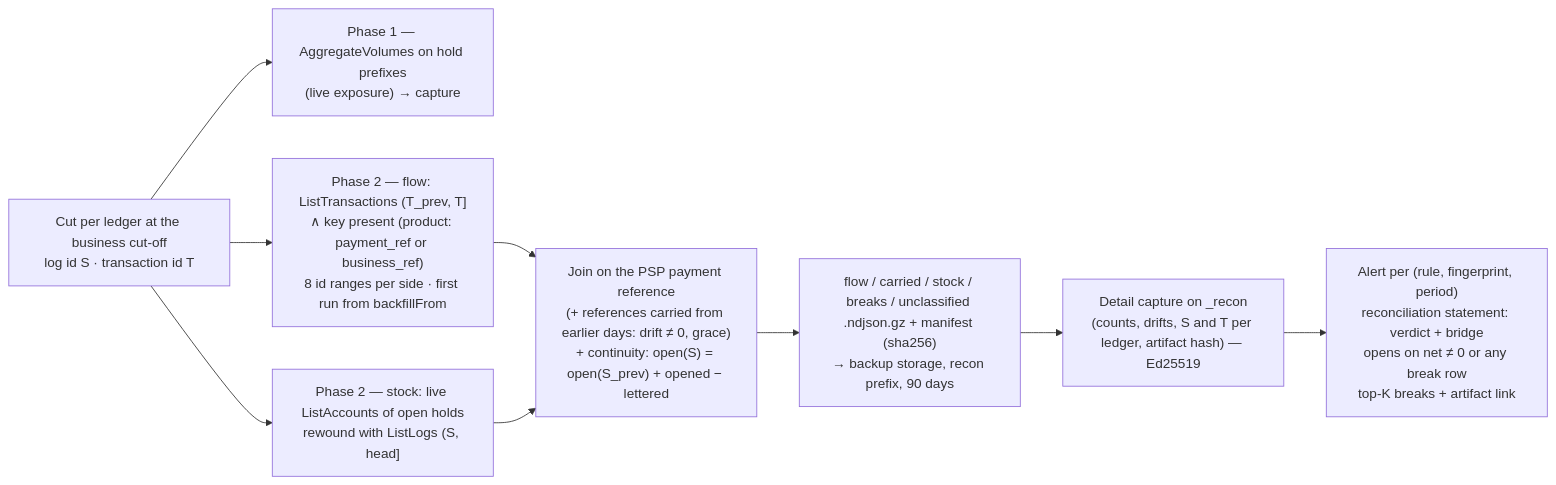
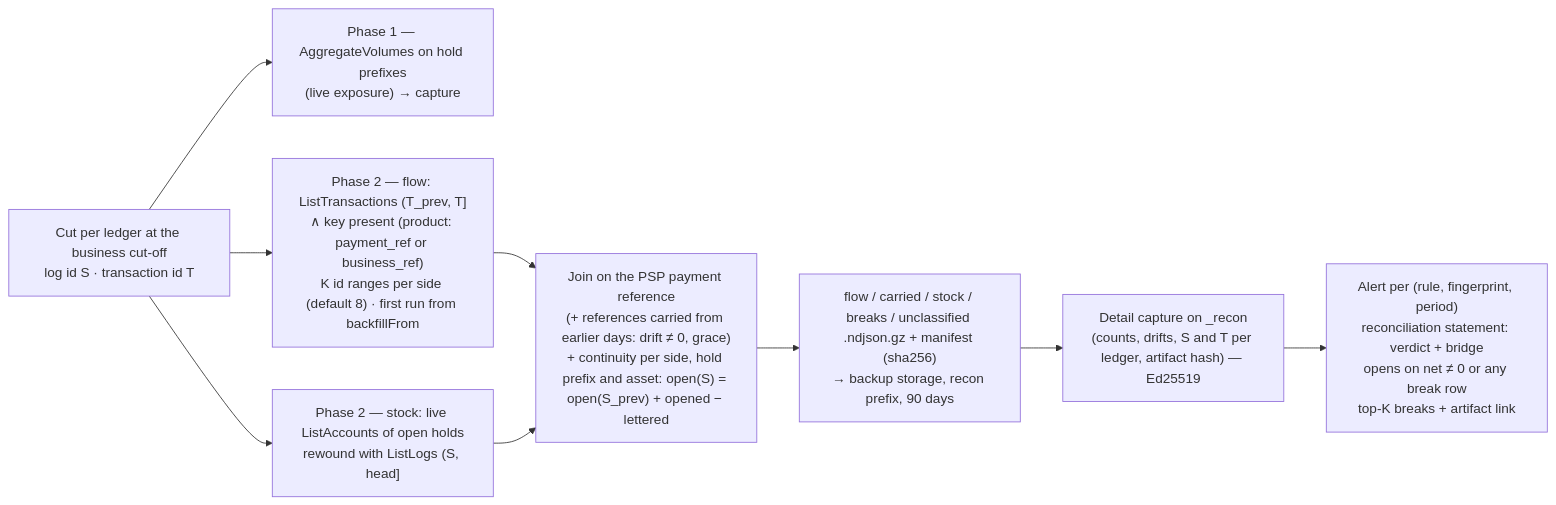
The ninth of 9 diagrams in docs/technical/workflows.md (formancehq/reconciliation), drawn with Mermaid before and after one commit. The commit also changed 4 other files, not shown here.

````diff
--- a/docs/technical/workflows.md
+++ b/docs/technical/workflows.md
@@ -326,11 +326,11 @@
 ```mermaid
 flowchart LR
     Cut["Cut per ledger at the business cut-off<br/>log id S · transaction id T"] --> Agg["Phase 1 — AggregateVolumes on hold prefixes<br/>(live exposure) → capture"]
-    Cut --> Flow["Phase 2 — flow: ListTransactions (T_prev, T]<br/>∧ key present (product: payment_ref or business_ref)<br/>8 id ranges per side · first run from backfillFrom"]
+    Cut --> Flow["Phase 2 — flow: ListTransactions (T_prev, T]<br/>∧ key present (product: payment_ref or business_ref)<br/>K id ranges per side (default 8) · first run from backfillFrom"]
     Cut --> Stock["Phase 2 — stock: live ListAccounts of open holds<br/>rewound with ListLogs (S, head]"]
-    Flow --> Join["Join on the PSP payment reference<br/>(+ references carried from earlier days: drift ≠ 0, grace)<br/>+ continuity: open(S) = open(S_prev) + opened − lettered"]
+    Flow --> Join["Join on the PSP payment reference<br/>(+ references carried from earlier days: drift ≠ 0, grace)<br/>+ continuity per side, hold prefix and asset: open(S) = open(S_prev) + opened − lettered"]
     Stock --> Join
     Join --> Art["flow / carried / stock / breaks / unclassified .ndjson.gz + manifest (sha256)<br/>→ backup storage, recon prefix, 90 days"]
     Art --> Cap["Detail capture on _recon<br/>(counts, drifts, S and T per ledger, artifact hash) — Ed25519"]
     Cap --> Alert["Alert per (rule, fingerprint, period)<br/>reconciliation statement: verdict + bridge<br/>opens on net ≠ 0 or any break row<br/>top-K breaks + artifact link"]
 ```
````
